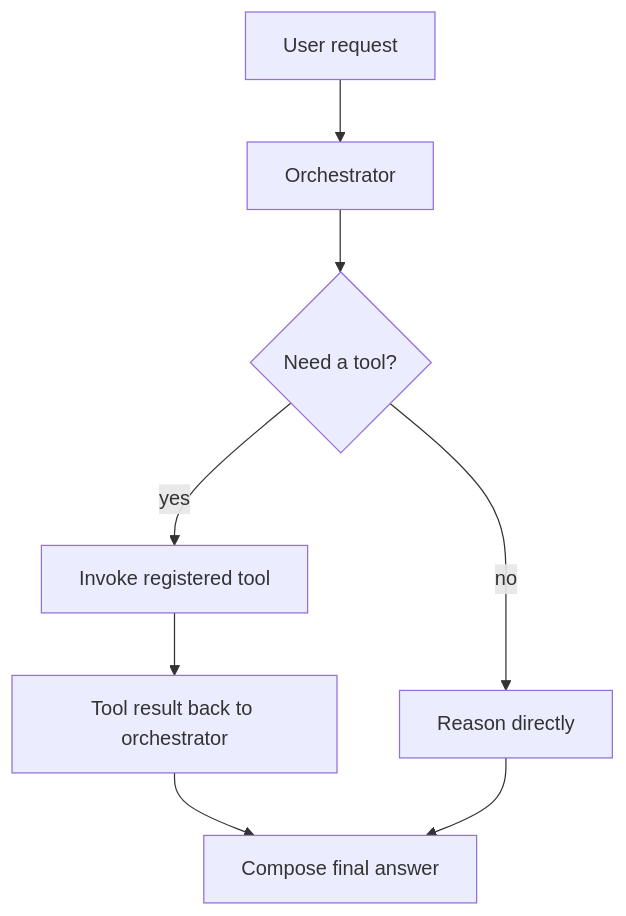
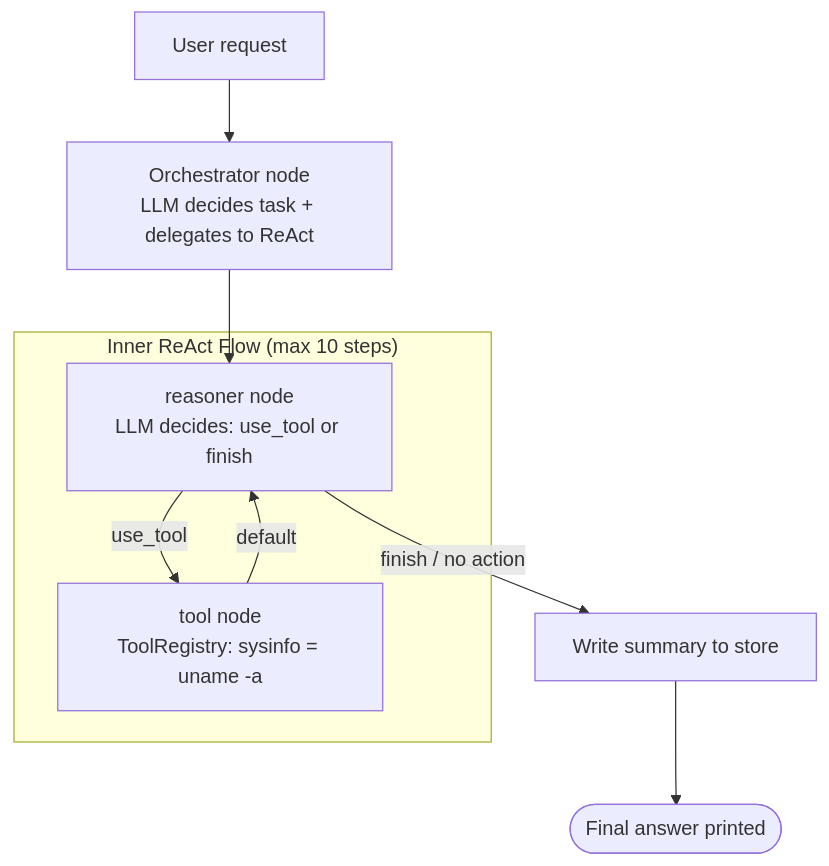
One commit to EzekTec-Inc/AgentFlow changed the diagram in examples/ORCHESTRATOR_WITH_TOOLS.md. Above: the diagram before and after it, drawn with Mermaid. The commit also changed other lines of this file and 14 other files, not shown here.

````diff
--- a/examples/ORCHESTRATOR_WITH_TOOLS.md
+++ b/examples/ORCHESTRATOR_WITH_TOOLS.md
@@ -21,10 +21,14 @@
 ```mermaid
 flowchart TD
-    A[User request] --> B[Orchestrator]
-    B --> C{Need a tool?}
-    C -->|yes| D[Invoke registered tool]
-    D --> E[Tool result back to orchestrator]
-    C -->|no| F[Reason directly]
-    E --> G[Compose final answer]
-    F --> G
+    A[User request] --> B[Orchestrator node\nLLM decides task + delegates to ReAct]
+
+    subgraph ReAct["Inner ReAct Flow (max 10 steps)"]
+        C[reasoner node\nLLM decides: use_tool or finish]
+        C -->|use_tool| D[tool node\nToolRegistry: sysinfo = uname -a]
+        D -->|default| C
+    end
+
+    B --> C
+    C -->|finish / no action| E[Write summary to store]
+    E --> F([Final answer printed])
 ```
````
